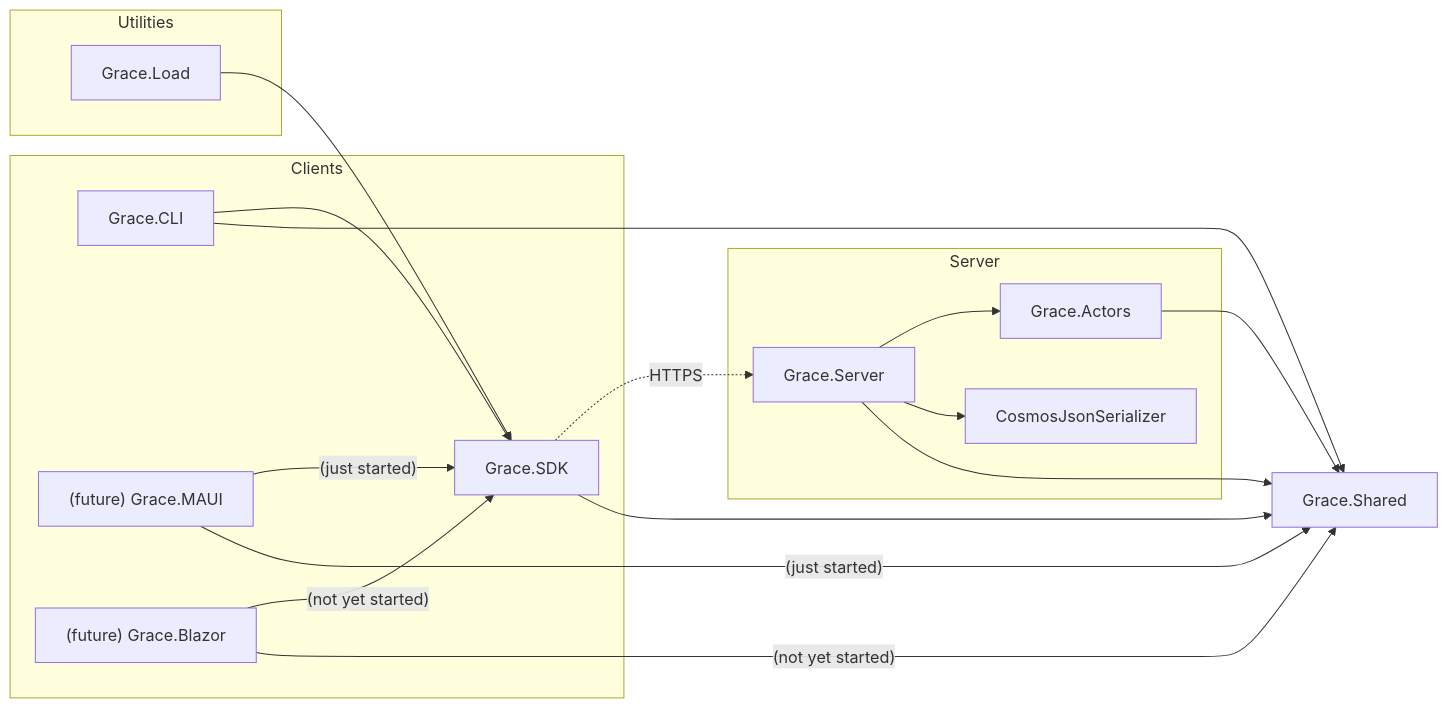
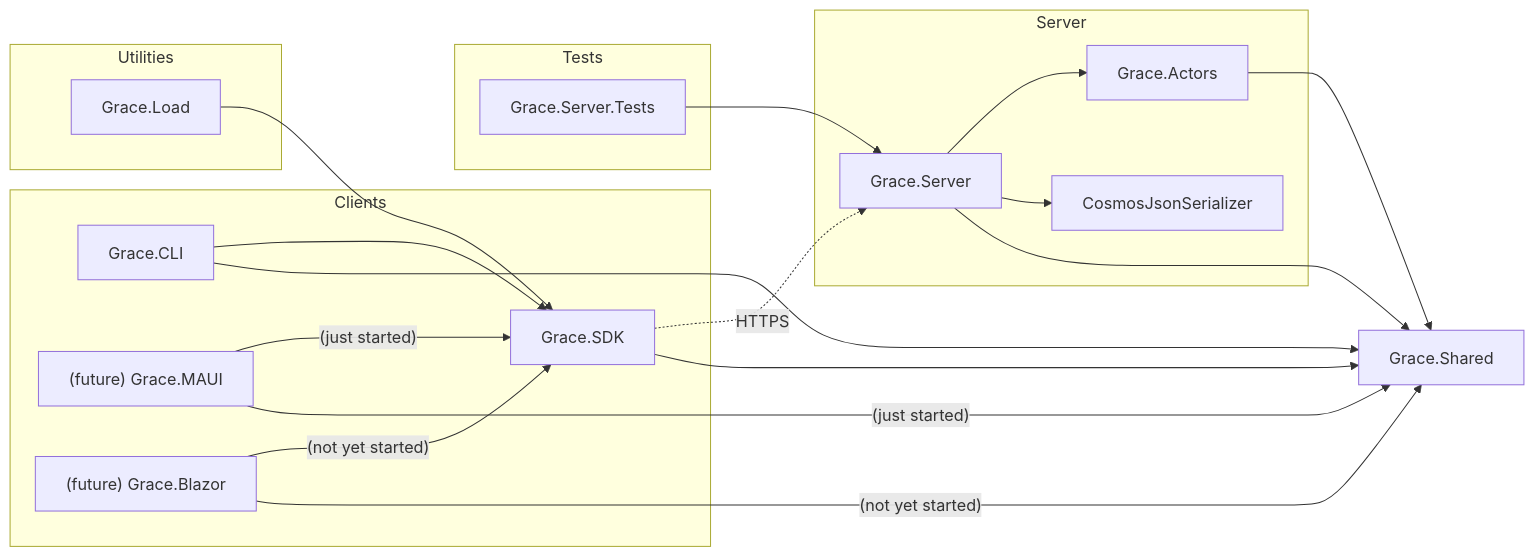
Before and after one commit to ScottArbeit/Grace: the diagram in README.md, drawn with Mermaid. The commit also changed other lines of this file and 4 other files, not shown here.

````diff
--- a/README.md
+++ b/README.md
@@ -322,25 +324,29 @@
 ```mermaid
 flowchart LR
     subgraph Server
     Grace.Server-->Grace.Actors
     Grace.Server-->CosmosJsonSerializer
     end
 
     subgraph Clients
     Grace.CLI-->Grace.SDK
     Grace.SDK-.->|HTTPS|Grace.Server
     MAUI["(future) Grace.MAUI"]-->|"(just started)"|Grace.SDK
     Blazor["(future) Grace.Blazor"]-->|"(not yet started)"|Grace.SDK
     end
 
     subgraph Utilities
     Grace.Load-->Grace.SDK
     end
 
+    subgraph Tests
+    Grace.Server.Tests-->Grace.Server
+    end
+
     Grace.Actors-->Grace.Shared
     Grace.Server-->Grace.Shared
     Grace.CLI-->Grace.Shared
     Grace.SDK-->Grace.Shared
     MAUI["(future) Grace.MAUI"]-->|"(just started)"|Grace.Shared
     Blazor["(future) Grace.Blazor"]-->|"(not yet started)"|Grace.Shared
 ```
````
